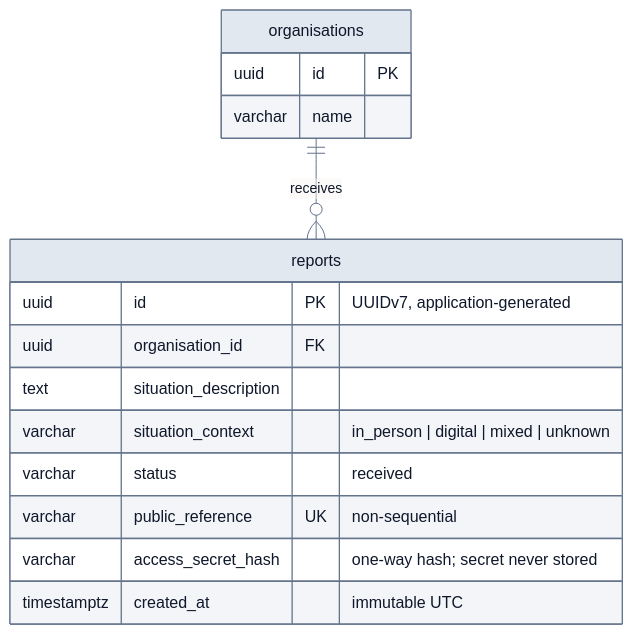
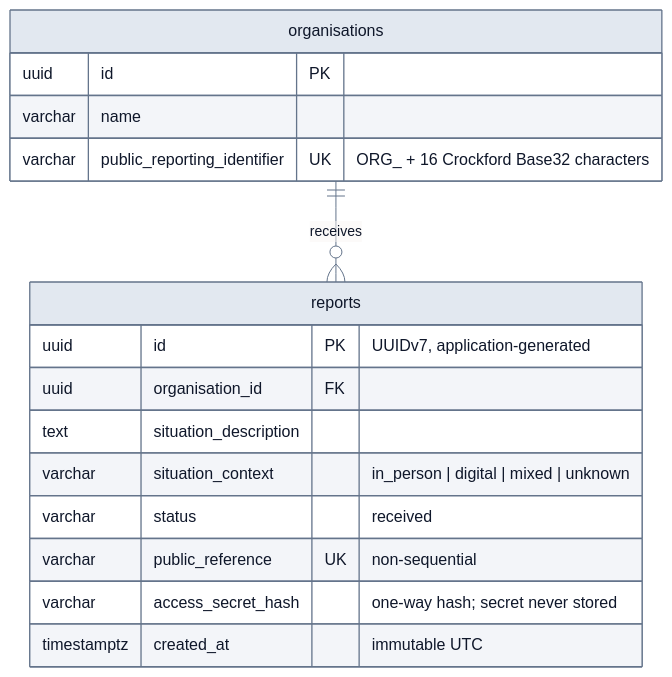
Before and after one commit to albertogalvez-dev/Convive: the diagram in docs/architecture/diagrams/data-model.md, drawn with Mermaid. The commit also changed other lines of this file and 14 other files, not shown here.

Commit message:
feat(organisations): add public reporting identifiers (#14)

````diff
--- a/docs/architecture/diagrams/data-model.md
+++ b/docs/architecture/diagrams/data-model.md
@@ -8,19 +8,20 @@
 ```mermaid
 %%{init: {'theme': 'base', 'themeVariables': {'primaryColor': '#E2E8F0', 'primaryTextColor': '#0F172A', 'primaryBorderColor': '#64748B', 'lineColor': '#64748B'}}}%%
 erDiagram
     organisations {
         uuid id PK
         varchar name
+        varchar public_reporting_identifier UK "ORG_ + 16 Crockford Base32 characters"
     }
     reports {
         uuid id PK "UUIDv7, application-generated"
         uuid organisation_id FK
         text situation_description
         varchar situation_context "in_person | digital | mixed | unknown"
         varchar status "received"
         varchar public_reference UK "non-sequential"
         varchar access_secret_hash "one-way hash; secret never stored"
         timestamptz created_at "immutable UTC"
     }
     organisations ||--o{ reports : "receives"
 ```
````
